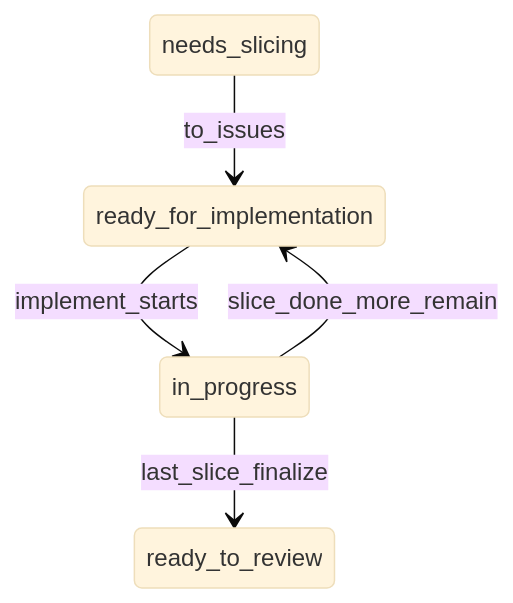
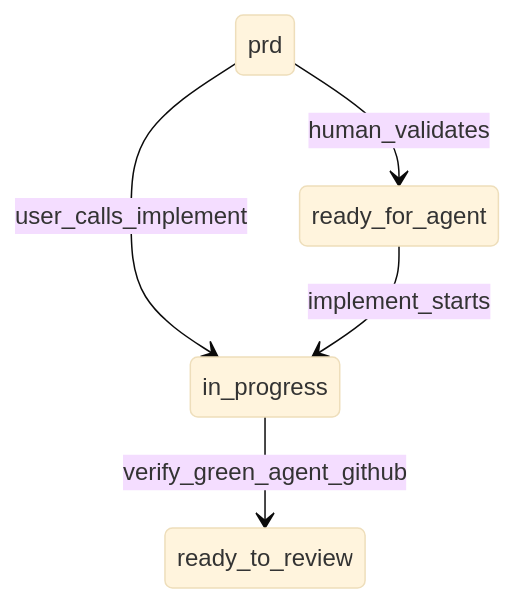
One commit to rdurica/enterprise-engineering-skills changed the diagram in README.md. Above: the diagram before and after it, drawn with Mermaid (base theme). The commit also changed other lines of this file and 20 other files, not shown here.

First line of the commit message:
feat(pipeline): drop slices and split local vs GitHub PRD flow

````diff
--- a/README.md
+++ b/README.md
@@ -22,12 +23,12 @@
 ```mermaid
 stateDiagram-v2
-    needsSlicing: needs_slicing
-    readyForImpl: ready_for_implementation
+    prdPublished: prd
+    readyForAgent: ready_for_agent
     inProgress: in_progress
     readyToReview: ready_to_review
 
-    needsSlicing --> readyForImpl: to_issues
-    readyForImpl --> inProgress: implement_starts
-    inProgress --> readyForImpl: slice_done_more_remain
-    inProgress --> readyToReview: last_slice_finalize
+    prdPublished --> readyForAgent: human_validates
+    prdPublished --> inProgress: user_calls_implement
+    readyForAgent --> inProgress: implement_starts
+    inProgress --> readyToReview: verify_green_agent_github
 ```
````
